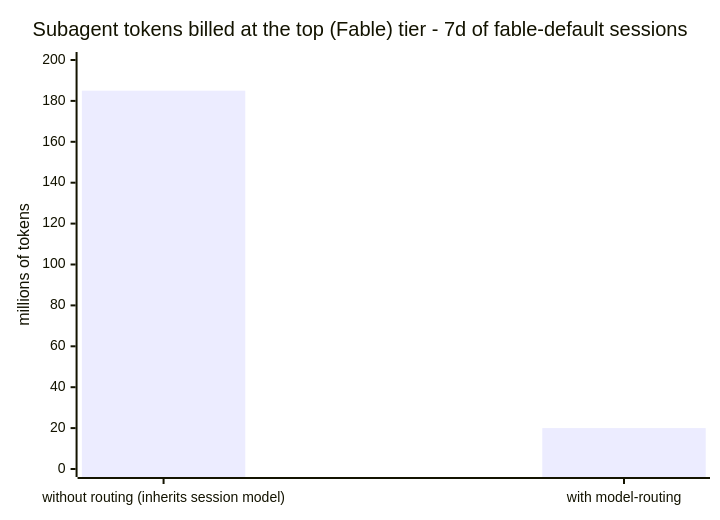
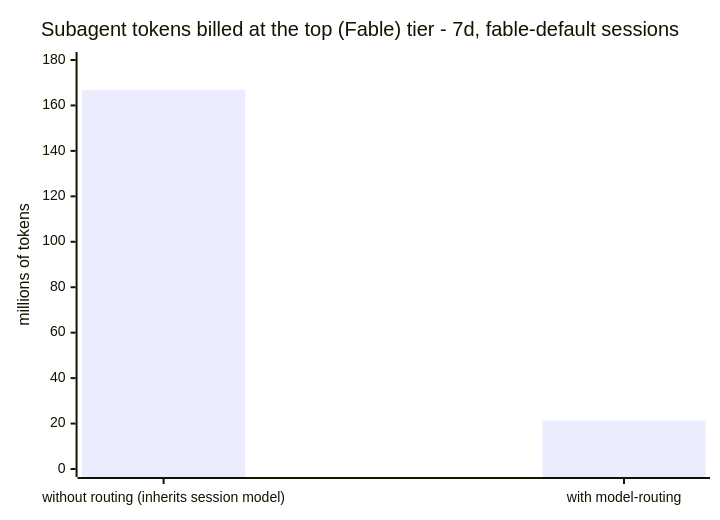
The first of 3 diagrams in README.md (AqueGen/model-routing), drawn with Mermaid before and after one commit. The commit also changed other lines of this file and 2 other files, not shown here.

First line of the commit message:
docs: date and version the token charts as a snapshot (0.8.2) (#17)

````diff
--- a/README.md
+++ b/README.md
@@ -86,7 +90,7 @@
 ```mermaid
 xychart-beta
-    title "Subagent tokens billed at the top (Fable) tier - 7d of fable-default sessions"
+    title "Subagent tokens billed at the top (Fable) tier - 7d, fable-default sessions"
     x-axis ["without routing (inherits session model)", "with model-routing"]
-    y-axis "millions of tokens" 0 --> 200
-    bar [185, 20]
+    y-axis "millions of tokens" 0 --> 180
+    bar [166.8, 21.4]
 ```
````
